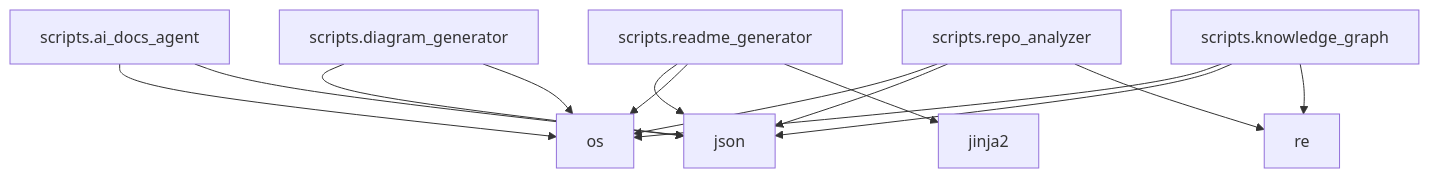
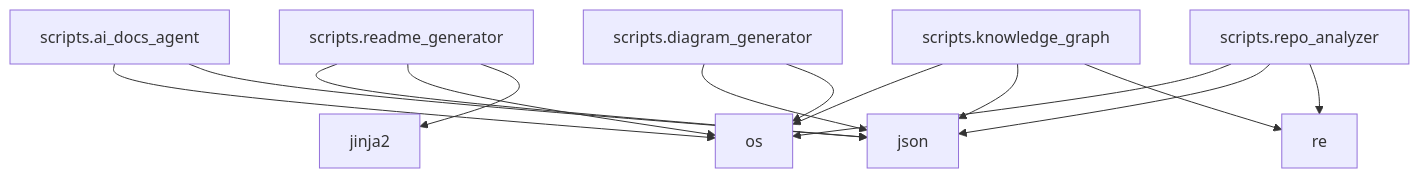
One commit to NITISH-R-G/FACE-EMOTION-DETECTION changed the diagram in README.md. Above: the diagram before and after it, drawn with Mermaid. The commit also changed other lines of this file and 3 other files, not shown here.

Commit message:
docs: auto-update repository documentation and diagrams [skip ci]

````diff
--- a/README.md
+++ b/README.md
@@ -45,30 +45,30 @@
 ```mermaid
 graph TD;
+    scripts_ai_docs_agent["scripts.ai_docs_agent"];
+    click scripts_ai_docs_agent "scripts/ai_docs_agent.py" "View source";
+    os["os"];
+    json["json"];
     scripts_readme_generator["scripts.readme_generator"];
     click scripts_readme_generator "scripts/readme_generator.py" "View source";
-    json["json"];
-    os["os"];
     jinja2["jinja2"];
-    scripts_ai_docs_agent["scripts.ai_docs_agent"];
-    click scripts_ai_docs_agent "scripts/ai_docs_agent.py" "View source";
+    scripts_knowledge_graph["scripts.knowledge_graph"];
+    click scripts_knowledge_graph "scripts/knowledge_graph.py" "View source";
+    re["re"];
+    scripts_repo_analyzer["scripts.repo_analyzer"];
+    click scripts_repo_analyzer "scripts/repo_analyzer.py" "View source";
     scripts_diagram_generator["scripts.diagram_generator"];
     click scripts_diagram_generator "scripts/diagram_generator.py" "View source";
-    scripts_repo_analyzer["scripts.repo_analyzer"];
-    click scripts_repo_analyzer "scripts/repo_analyzer.py" "View source";
-    re["re"];
-    scripts_knowledge_graph["scripts.knowledge_graph"];
-    click scripts_knowledge_graph "scripts/knowledge_graph.py" "View source";
+    scripts_ai_docs_agent --> os;
+    scripts_ai_docs_agent --> json;
     scripts_readme_generator --> json;
     scripts_readme_generator --> os;
     scripts_readme_generator --> jinja2;
-    scripts_ai_docs_agent --> os;
-    scripts_ai_docs_agent --> json;
-    scripts_diagram_generator --> json;
-    scripts_diagram_generator --> os;
+    scripts_knowledge_graph --> os;
+    scripts_knowledge_graph --> json;
+    scripts_knowledge_graph --> re;
     scripts_repo_analyzer --> os;
     scripts_repo_analyzer --> json;
     scripts_repo_analyzer --> re;
-    scripts_knowledge_graph --> os;
-    scripts_knowledge_graph --> json;
-    scripts_knowledge_graph --> re;
+    scripts_diagram_generator --> json;
+    scripts_diagram_generator --> os;
 ```
````
